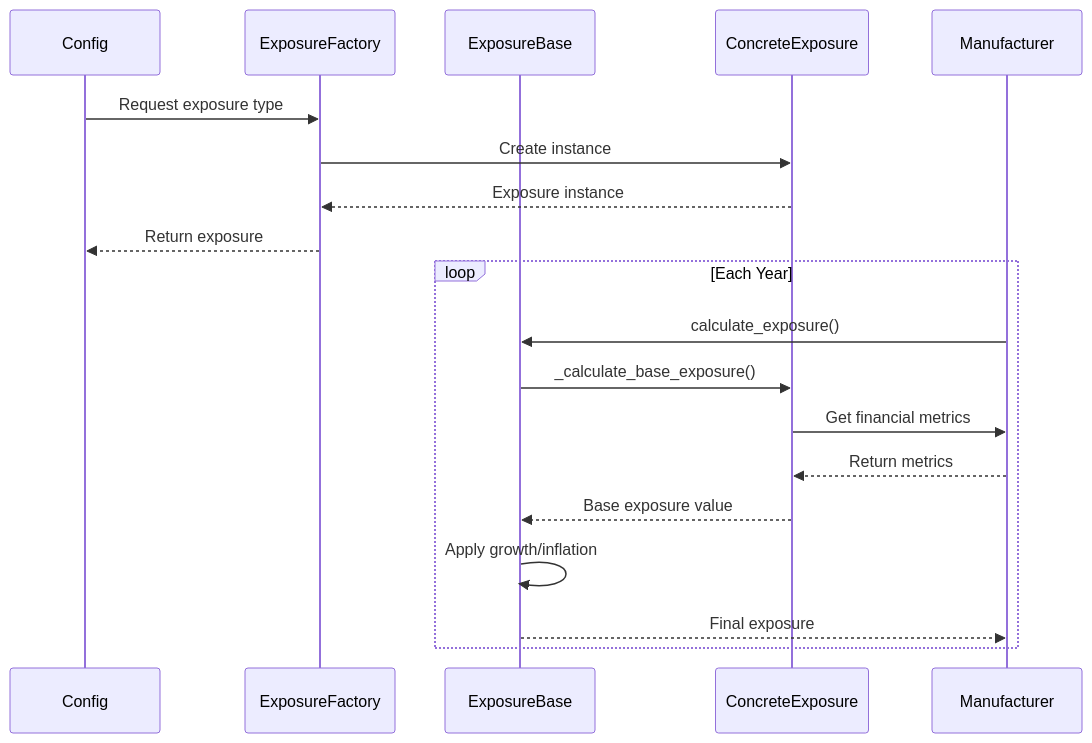
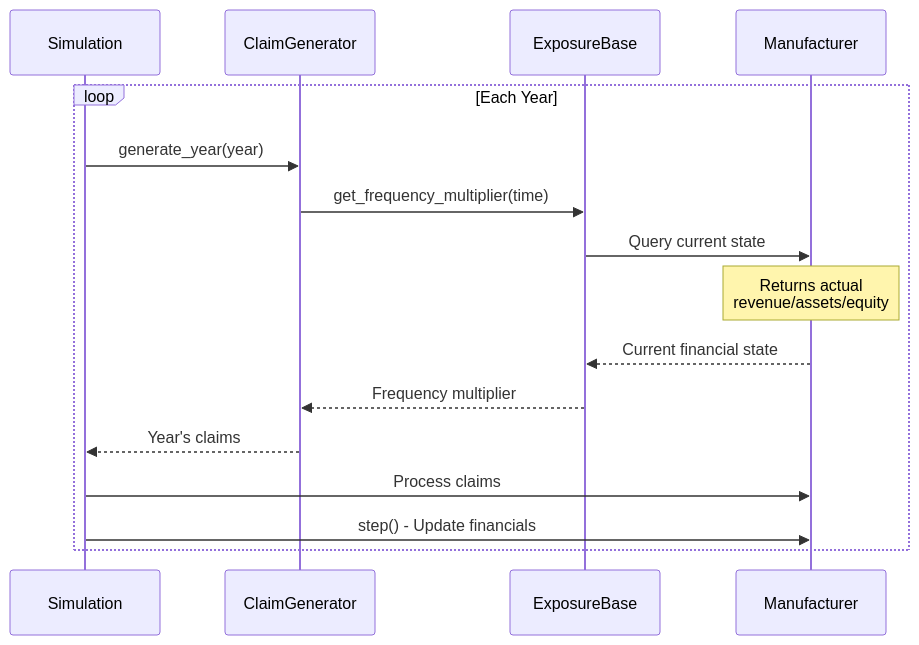
The second of 2 diagrams in ergodic_insurance/docs/architecture/exposure_system.md (AlexFiliakov/Ergodic-Insurance-Limits), drawn with Mermaid before and after one commit. The commit also changed other lines of this file and 1 other file, not shown here.

````diff
--- a/ergodic_insurance/docs/architecture/exposure_system.md
+++ b/ergodic_insurance/docs/architecture/exposure_system.md
@@ -172,24 +80,19 @@
 ```{mermaid}
 sequenceDiagram
-    participant Config
-    participant Factory as ExposureFactory
-    participant Base as ExposureBase
-    participant Impl as ConcreteExposure
+    participant Sim as Simulation
+    participant Gen as ClaimGenerator
+    participant Exp as ExposureBase
     participant Mfg as Manufacturer
 
-    Config->>Factory: Request exposure type
-    Factory->>Impl: Create instance
-    Impl-->>Factory: Exposure instance
-
-    Factory-->>Config: Return exposure
-
     loop Each Year
-        Mfg->>Base: calculate_exposure()
-        Base->>Impl: _calculate_base_exposure()
-        Impl->>Mfg: Get financial metrics
-        Mfg-->>Impl: Return metrics
-        Impl-->>Base: Base exposure value
-        Base->>Base: Apply growth/inflation
-        Base-->>Mfg: Final exposure
+        Sim->>Gen: generate_year(year)
+        Gen->>Exp: get_frequency_multiplier(time)
+        Exp->>Mfg: Query current state
+        Note over Mfg: Returns actual<br/>revenue/assets/equity
+        Mfg-->>Exp: Current financial state
+        Exp-->>Gen: Frequency multiplier
+        Gen-->>Sim: Year's claims
+        Sim->>Mfg: Process claims
+        Sim->>Mfg: step() - Update financials
     end
 ```
````
